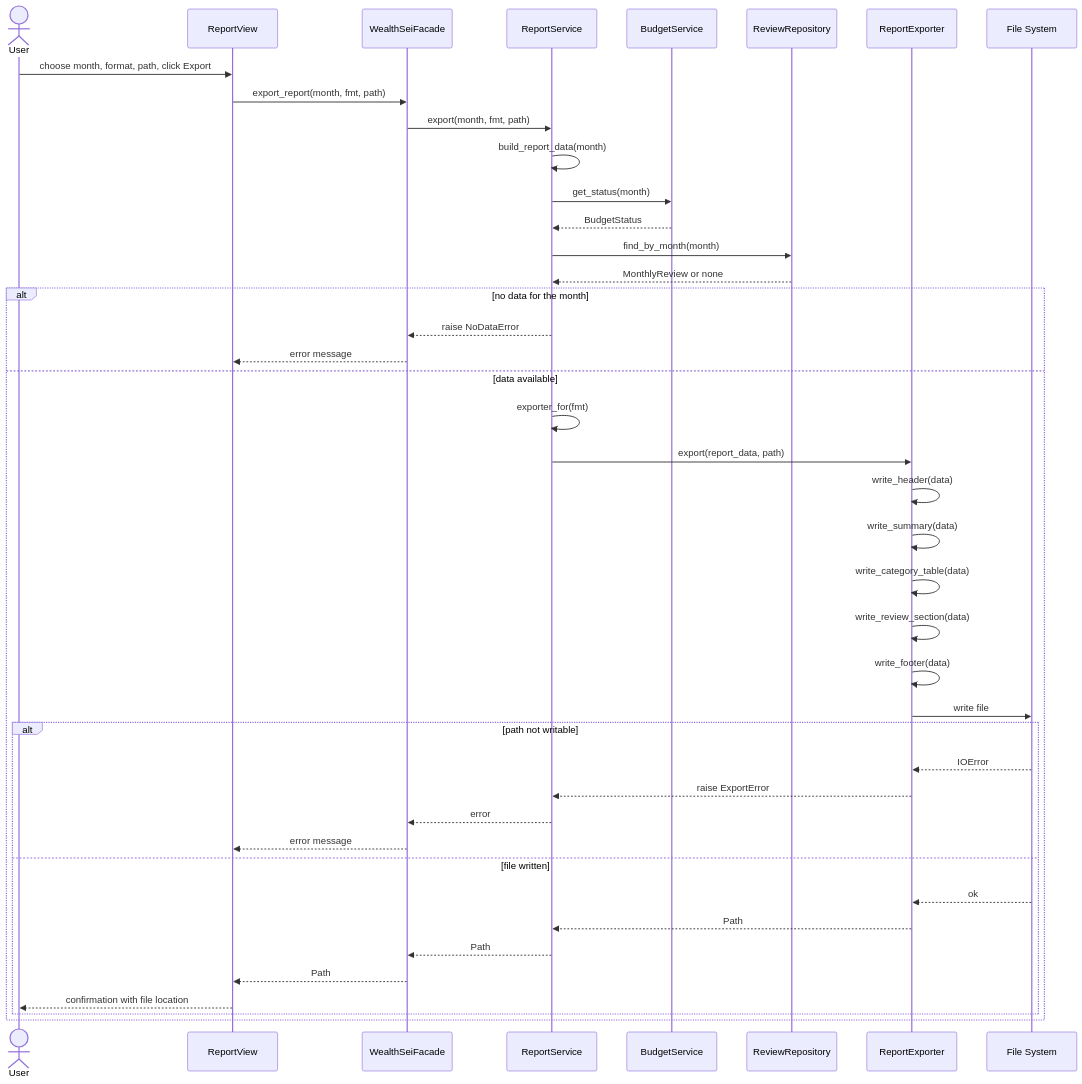
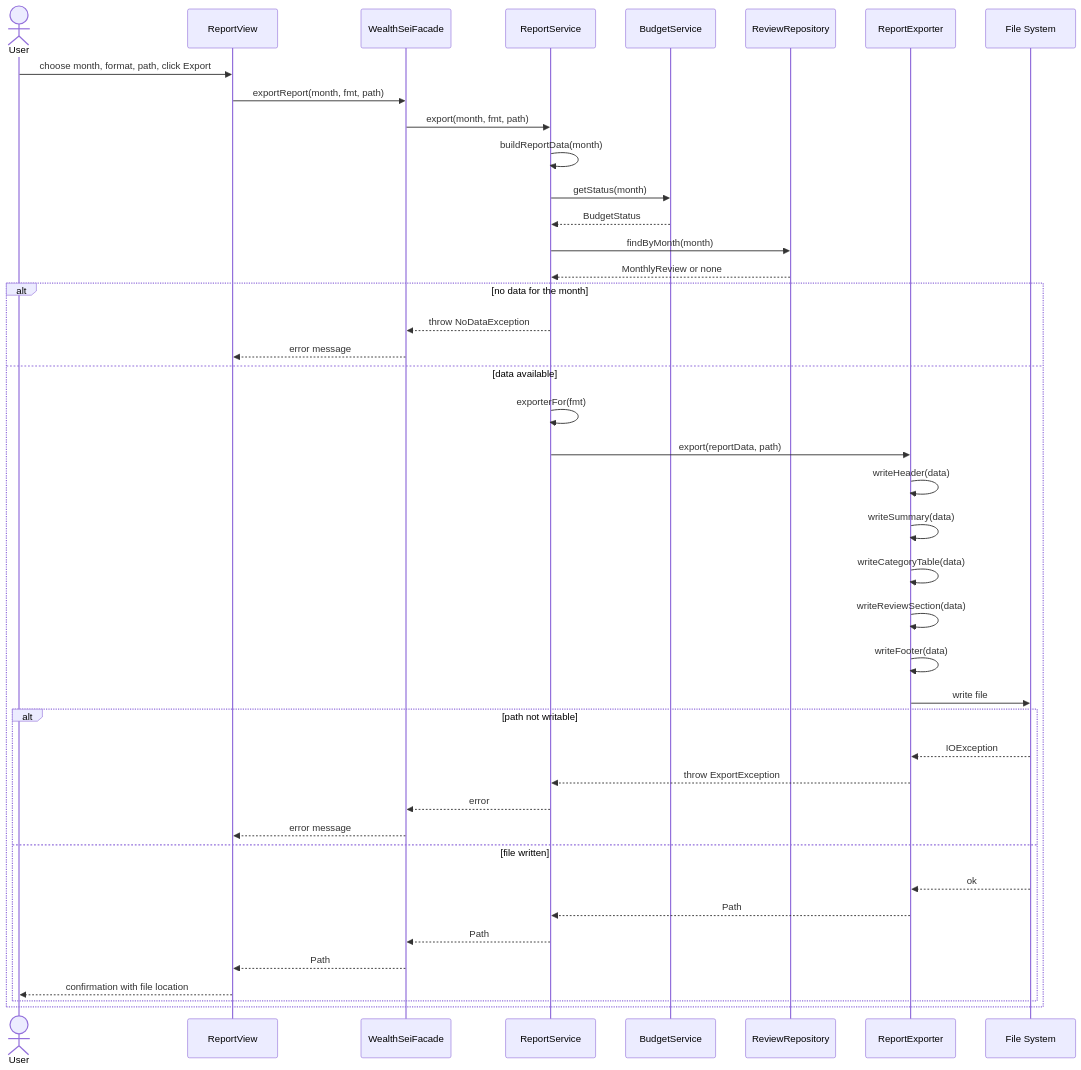
One commit to Rishit-Shah/EECS-3311-Project---WealthSei changed diagram 20 of 20 in docs/WealthSei_Stage1_Report.md. Above: the diagram before and after it, drawn with Mermaid. The commit also changed other lines of this file, not shown here.

````diff
--- a/docs/WealthSei_Stage1_Report.md
+++ b/docs/WealthSei_Stage1_Report.md
@@ -2287,45 +2304,45 @@
 ```mermaid
 sequenceDiagram
     actor User
     participant RV as ReportView
     participant F as WealthSeiFacade
     participant RS as ReportService
     participant BS as BudgetService
     participant RR as ReviewRepository
     participant EX as ReportExporter
     participant FS as File System
 
     User->>RV: choose month, format, path, click Export
-    RV->>F: export_report(month, fmt, path)
+    RV->>F: exportReport(month, fmt, path)
     F->>RS: export(month, fmt, path)
-    RS->>RS: build_report_data(month)
-    RS->>BS: get_status(month)
+    RS->>RS: buildReportData(month)
+    RS->>BS: getStatus(month)
     BS-->>RS: BudgetStatus
-    RS->>RR: find_by_month(month)
+    RS->>RR: findByMonth(month)
     RR-->>RS: MonthlyReview or none
     alt no data for the month
-        RS-->>F: raise NoDataError
+        RS-->>F: throw NoDataException
         F-->>RV: error message
     else data available
-        RS->>RS: exporter_for(fmt)
-        RS->>EX: export(report_data, path)
-        EX->>EX: write_header(data)
-        EX->>EX: write_summary(data)
-        EX->>EX: write_category_table(data)
-        EX->>EX: write_review_section(data)
-        EX->>EX: write_footer(data)
+        RS->>RS: exporterFor(fmt)
+        RS->>EX: export(reportData, path)
+        EX->>EX: writeHeader(data)
+        EX->>EX: writeSummary(data)
+        EX->>EX: writeCategoryTable(data)
+        EX->>EX: writeReviewSection(data)
+        EX->>EX: writeFooter(data)
         EX->>FS: write file
         alt path not writable
-            FS-->>EX: IOError
-            EX-->>RS: raise ExportError
+            FS-->>EX: IOException
+            EX-->>RS: throw ExportException
             RS-->>F: error
             F-->>RV: error message
         else file written
             FS-->>EX: ok
             EX-->>RS: Path
             RS-->>F: Path
             F-->>RV: Path
             RV-->>User: confirmation with file location
         end
     end
 ```
````
